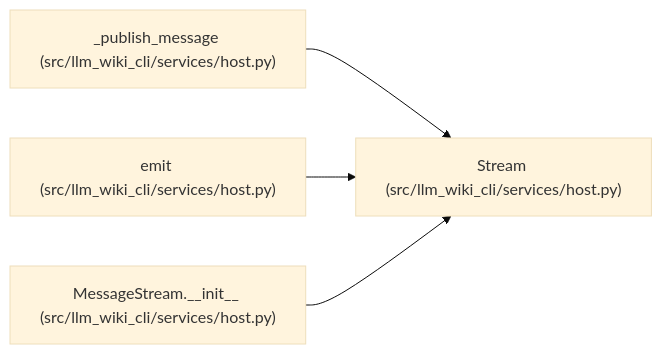
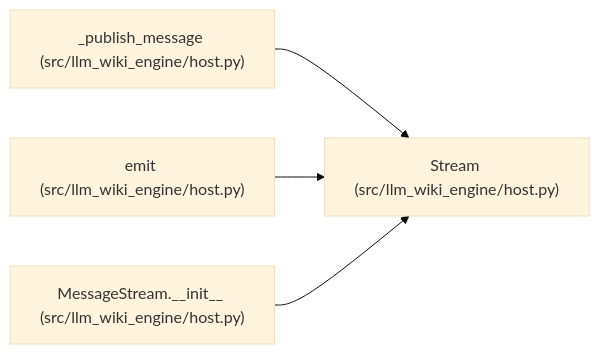
The diagram in docs/llm_wiki/entities/Stream.md (Denissvgn/python-wiki-llm), drawn with Mermaid (base theme) before and after one commit. The commit also changed other lines of this file and 1103 other files, not shown here.

First line of the commit message:
docs: refresh the wiki for the llm-wiki-engine distribution

````diff
--- a/docs/llm_wiki/entities/Stream.md
+++ b/docs/llm_wiki/entities/Stream.md
@@ -24,14 +24,14 @@
 ```mermaid
 flowchart LR
-    n0["Stream (src/llm_wiki_cli/services/host.py)"]
-    n1["_publish_message (src/llm_wiki_cli/services/host.py)"]
-    n2["emit (src/llm_wiki_cli/services/host.py)"]
-    n3["MessageStream.__init__ (src/llm_wiki_cli/services/host.py)"]
+    n0["Stream (src/llm_wiki_engine/host.py)"]
+    n1["_publish_message (src/llm_wiki_engine/host.py)"]
+    n2["emit (src/llm_wiki_engine/host.py)"]
+    n3["MessageStream.__init__ (src/llm_wiki_engine/host.py)"]
     n1 --> n0
     n2 --> n0
     n3 --> n0
     click n0 "../modules/host.md"
     click n1 "../modules/host.md"
     click n2 "../modules/host.md"
     click n3 "../modules/host.md"
 ```
````
